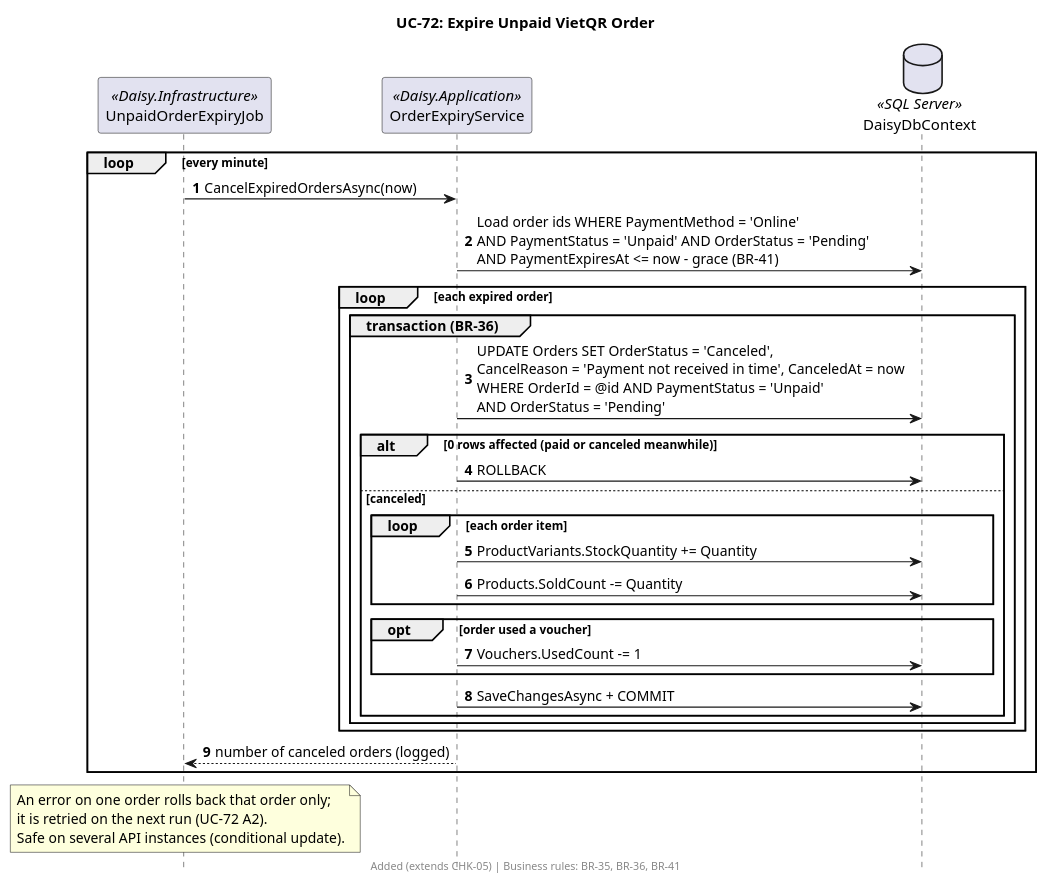
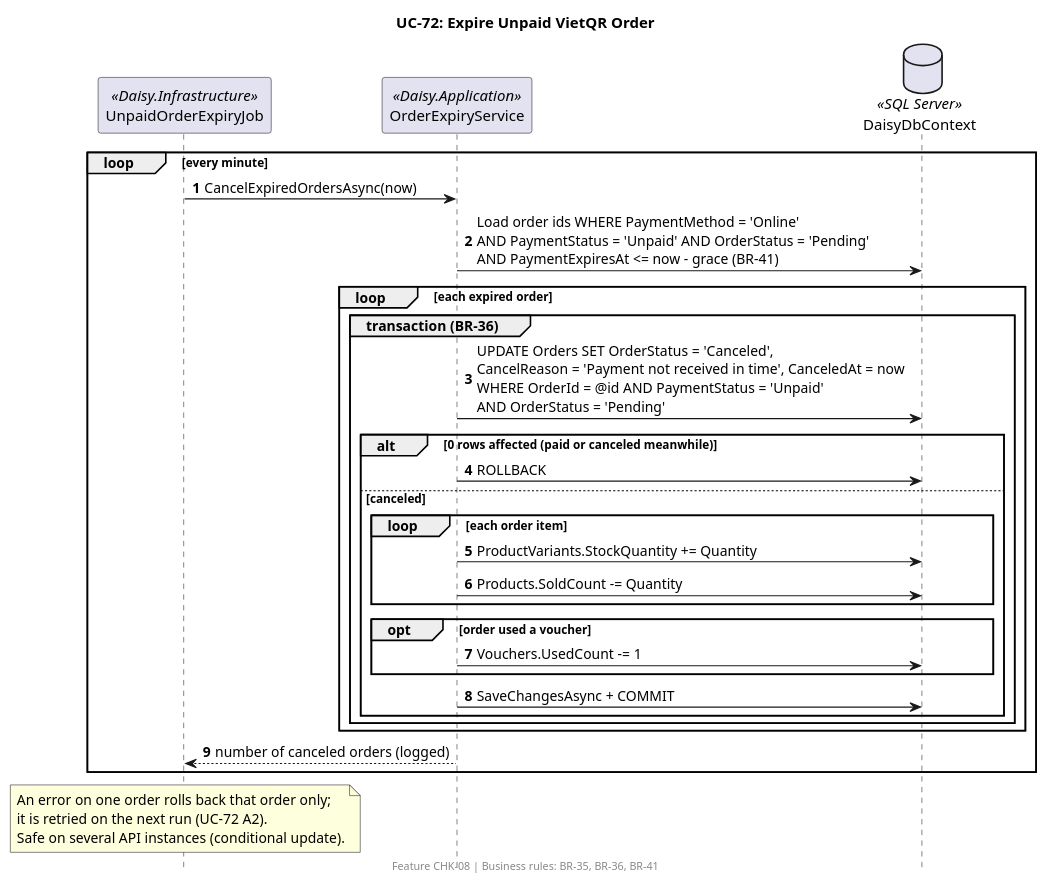
One commit to nilernous/daisy changed the diagram in .claude/sequences/UC-72.puml. Above: the diagram before and after it, drawn with PlantUML. The commit also changed 274 other files, not shown here.

```diff
--- a/.claude/sequences/UC-72.puml
+++ b/.claude/sequences/UC-72.puml
@@ -1,37 +1,37 @@
 @startuml UC-72
 ' Use case: ../use-cases/UC-72.md
 title UC-72: Expire Unpaid VietQR Order
-footer Added (extends CHK-05) | Business rules: BR-35, BR-36, BR-41
+footer Feature CHK-08 | Business rules: BR-35, BR-36, BR-41
 autonumber
 hide footbox
 skinparam responseMessageBelowArrow true
 
 participant "UnpaidOrderExpiryJob" as JOB <<Daisy.Infrastructure>>
 participant "OrderExpiryService" as SVC <<Daisy.Application>>
 database "DaisyDbContext" as DB <<SQL Server>>
 
 loop every minute
   JOB -> SVC : CancelExpiredOrdersAsync(now)
   SVC -> DB : Load order ids WHERE PaymentMethod = 'Online'\nAND PaymentStatus = 'Unpaid' AND OrderStatus = 'Pending'\nAND PaymentExpiresAt <= now - grace (BR-41)
   loop each expired order
     group transaction (BR-36)
       SVC -> DB : UPDATE Orders SET OrderStatus = 'Canceled',\nCancelReason = 'Payment not received in time', CanceledAt = now\nWHERE OrderId = @id AND PaymentStatus = 'Unpaid'\nAND OrderStatus = 'Pending'
       alt 0 rows affected (paid or canceled meanwhile)
         SVC -> DB : ROLLBACK
       else canceled
         loop each order item
           SVC -> DB : ProductVariants.StockQuantity += Quantity
           SVC -> DB : Products.SoldCount -= Quantity
         end
         opt order used a voucher
           SVC -> DB : Vouchers.UsedCount -= 1
         end
         SVC -> DB : SaveChangesAsync + COMMIT
       end
     end
   end
   SVC --> JOB : number of canceled orders (logged)
 end
 note over JOB : An error on one order rolls back that order only;\nit is retried on the next run (UC-72 A2).\nSafe on several API instances (conditional update).
 
 @enduml
```
